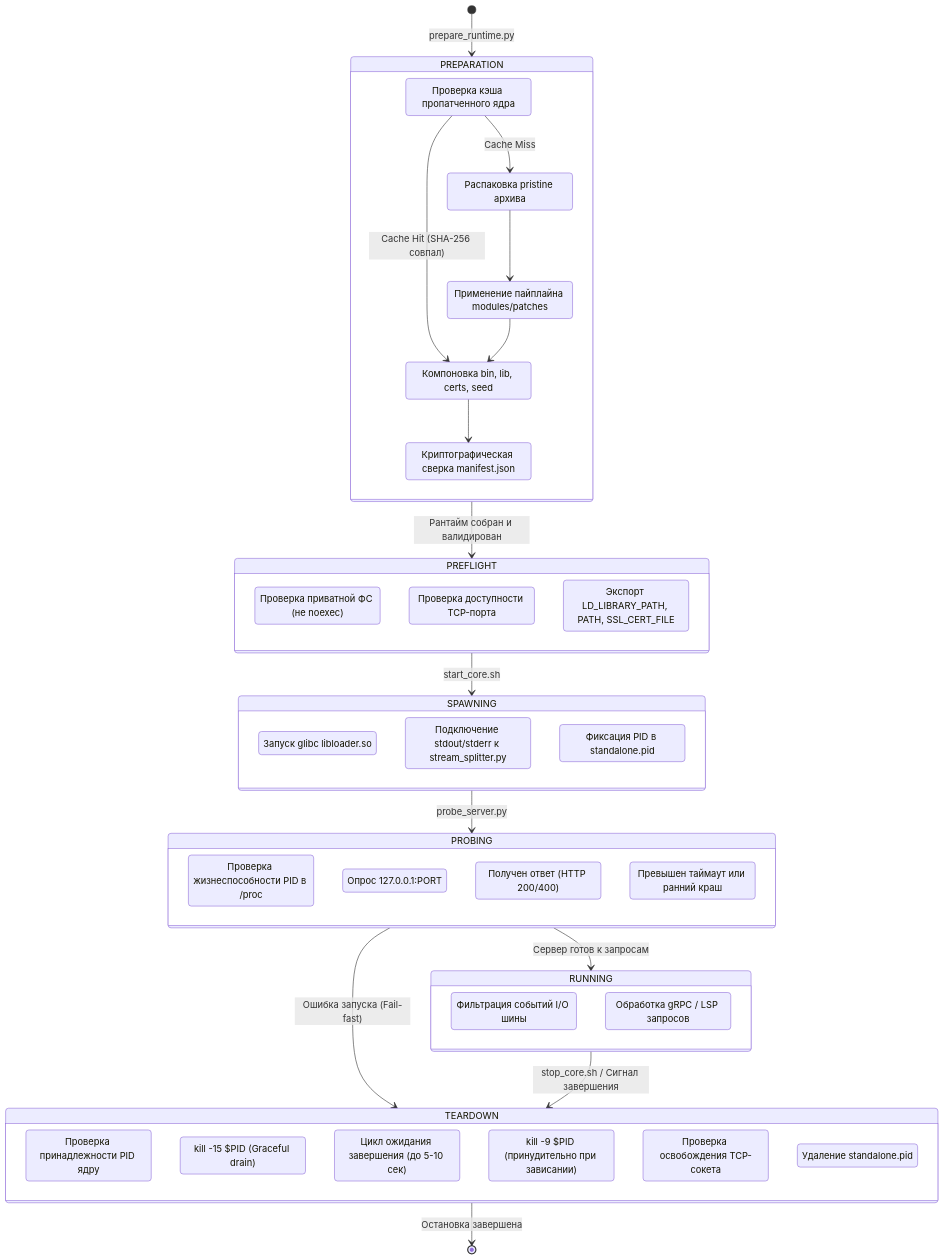
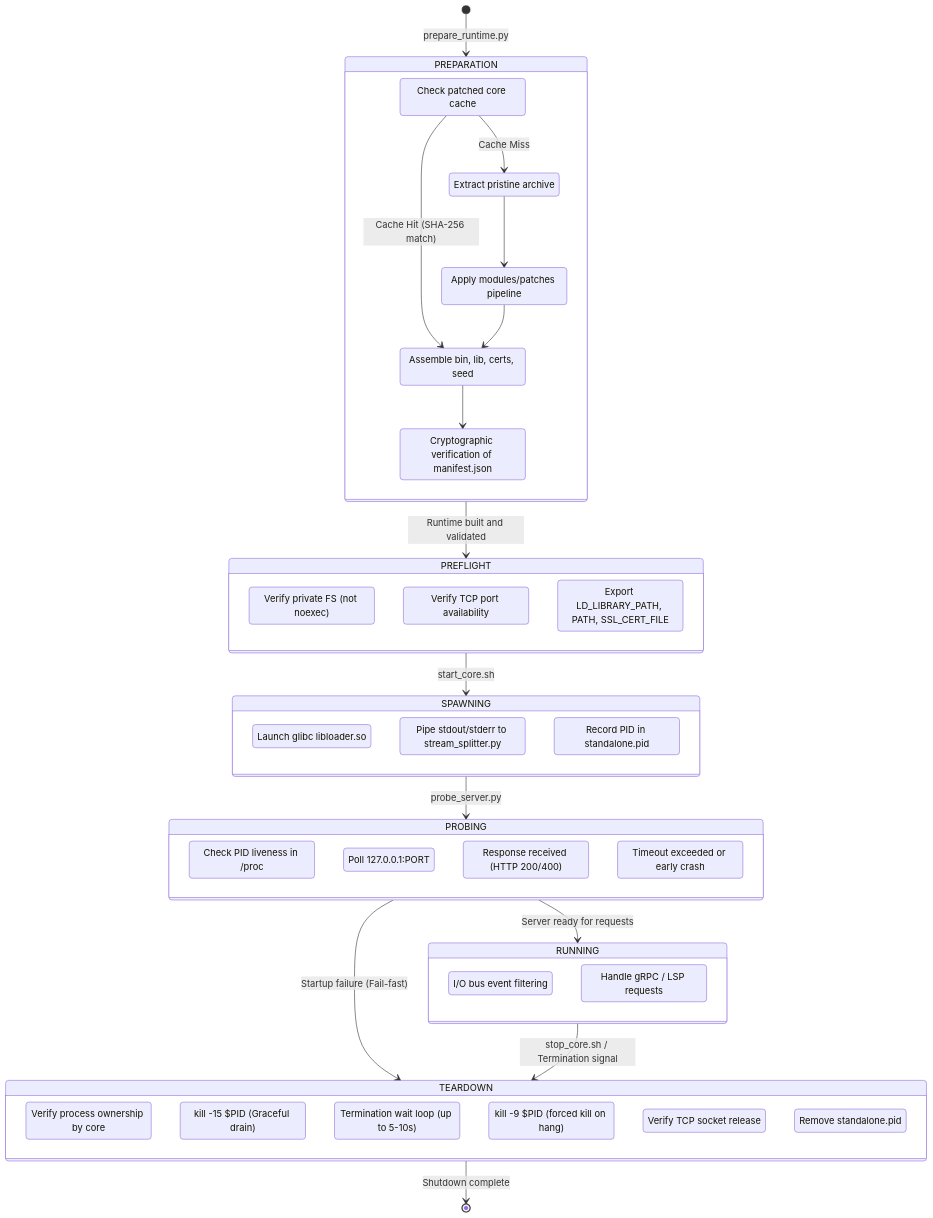
The diagram in modules/runner/README.md (danjekb/automatic-funicular), drawn with Mermaid before and after one commit. The commit also changed other lines of this file and 11 other files, not shown here.

````diff
--- a/modules/runner/README.md
+++ b/modules/runner/README.md
@@ -37,64 +37,64 @@
 ```mermaid
 stateDiagram-v2
     [*] --> PREPARATION: prepare_runtime.py
 
     state PREPARATION {
-        CheckCache: Проверка кэша пропатченного ядра
-        ExtractPristine: Распаковка pristine архива
-        ApplyPatches: Применение пайплайна modules/patches
-        AssembleAssets: Компоновка bin, lib, certs, seed
-        VerifyManifest: Криптографическая сверка manifest.json
+        CheckCache: Check patched core cache
+        ExtractPristine: Extract pristine archive
+        ApplyPatches: Apply modules/patches pipeline
+        AssembleAssets: Assemble bin, lib, certs, seed
+        VerifyManifest: Cryptographic verification of manifest.json
         
-        CheckCache --> AssembleAssets: Cache Hit (SHA-256 совпал)
+        CheckCache --> AssembleAssets: Cache Hit (SHA-256 match)
         CheckCache --> ExtractPristine: Cache Miss
         ExtractPristine --> ApplyPatches
         ApplyPatches --> AssembleAssets
         AssembleAssets --> VerifyManifest
     }
 
-    PREPARATION --> PREFLIGHT: Рантайм собран и валидирован
+    PREPARATION --> PREFLIGHT: Runtime built and validated
 
     state PREFLIGHT {
-        CheckStorage: Проверка приватной ФС (не noexec)
-        CheckPort: Проверка доступности TCP-порта
-        ConfigureEnv: Экспорт LD_LIBRARY_PATH, PATH, SSL_CERT_FILE
+        CheckStorage: Verify private FS (not noexec)
+        CheckPort: Verify TCP port availability
+        ConfigureEnv: Export LD_LIBRARY_PATH, PATH, SSL_CERT_FILE
     }
 
     PREFLIGHT --> SPAWNING: start_core.sh
 
     state SPAWNING {
-        ExecLoader: Запуск glibc libloader.so
-        PipeSplitter: Подключение stdout/stderr к stream_splitter.py
-        WritePID: Фиксация PID в standalone.pid
+        ExecLoader: Launch glibc libloader.so
+        PipeSplitter: Pipe stdout/stderr to stream_splitter.py
+        WritePID: Record PID in standalone.pid
     }
 
     SPAWNING --> PROBING: probe_server.py
 
     state PROBING {
-        CheckProcAlive: Проверка жизнеспособности PID в /proc
-        PollTCP: Опрос 127.0.0.1:PORT
-        ReadyOK: Получен ответ (HTTP 200/400)
-        ReadyFail: Превышен таймаут или ранний краш
+        CheckProcAlive: Check PID liveness in /proc
+        PollTCP: Poll 127.0.0.1:PORT
+        ReadyOK: Response received (HTTP 200/400)
+        ReadyFail: Timeout exceeded or early crash
     }
 
-    PROBING --> RUNNING: Сервер готов к запросам
-    PROBING --> TEARDOWN: Ошибка запуска (Fail-fast)
+    PROBING --> RUNNING: Server ready for requests
+    PROBING --> TEARDOWN: Startup failure (Fail-fast)
 
     state RUNNING {
-        StreamInterception: Фильтрация событий I/O шины
-        ServeLSP: Обработка gRPC / LSP запросов
+        StreamInterception: I/O bus event filtering
+        ServeLSP: Handle gRPC / LSP requests
     }
 
-    RUNNING --> TEARDOWN: stop_core.sh / Сигнал завершения
+    RUNNING --> TEARDOWN: stop_core.sh / Termination signal
 
     state TEARDOWN {
-        VerifyOwner: Проверка принадлежности PID ядру
+        VerifyOwner: Verify process ownership by core
         SendSIGTERM: kill -15 $PID (Graceful drain)
-        WaitDrain: Цикл ожидания завершения (до 5-10 сек)
-        SendSIGKILL: kill -9 $PID (принудительно при зависании)
-        FreePort: Проверка освобождения TCP-сокета
-        CleanupFiles: Удаление standalone.pid
+        WaitDrain: Termination wait loop (up to 5-10s)
+        SendSIGKILL: kill -9 $PID (forced kill on hang)
+        FreePort: Verify TCP socket release
+        CleanupFiles: Remove standalone.pid
     }
 
-    TEARDOWN --> [*]: Остановка завершена
+    TEARDOWN --> [*]: Shutdown complete
 ```
````
